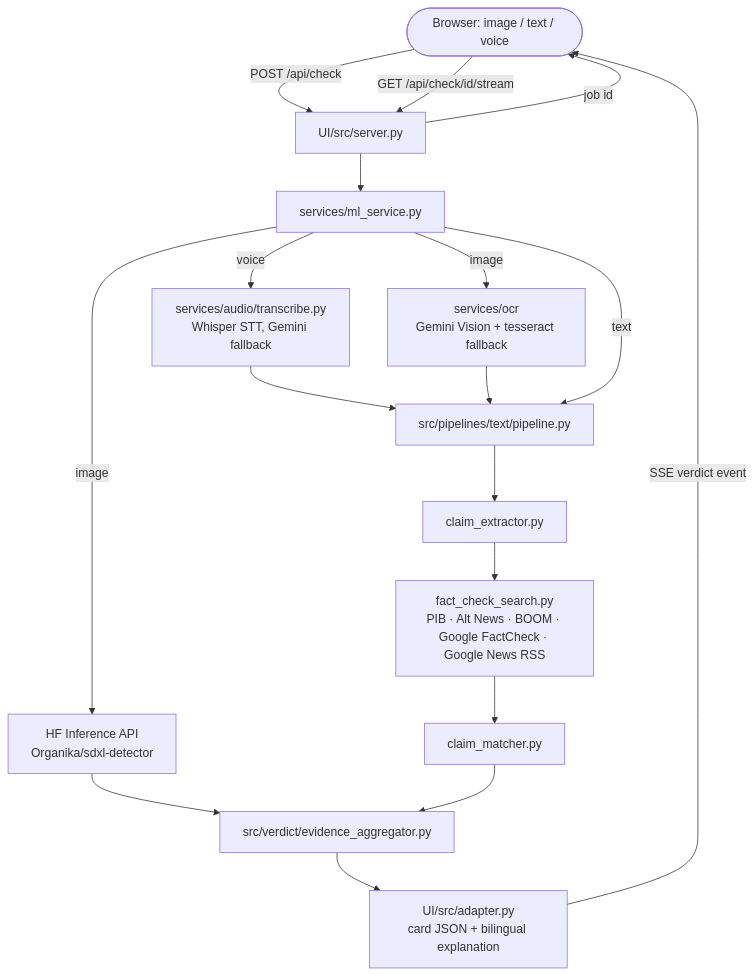
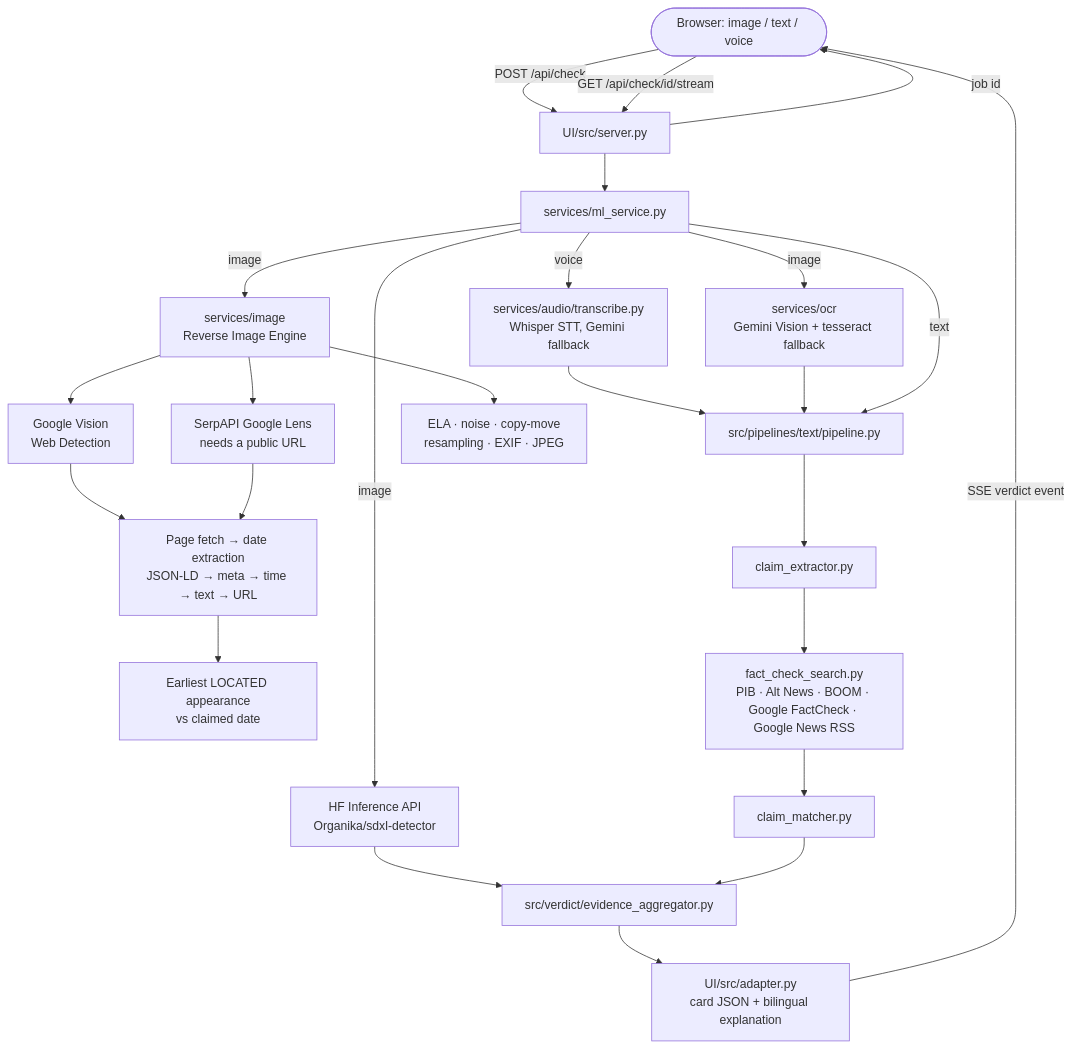
The diagram in UI/docs/architecture.md (Baehtar/SATYA), drawn with Mermaid before and after one commit. The commit also changed 22 other files, not shown here.

Commit message:
added image pipeline, ML services, reverse search engine & tests

````diff
--- a/UI/docs/architecture.md
+++ b/UI/docs/architecture.md
@@ -27,24 +27,31 @@
 ```mermaid
 graph TD
     Browser([Browser: image / text / voice]) -->|POST /api/check| Server[UI/src/server.py]
     Server -->|job id| Browser
     Browser -->|GET /api/check/id/stream| Server
 
     Server --> MLS[services/ml_service.py]
 
     MLS -->|voice| STT[services/audio/transcribe.py<br/>Whisper STT, Gemini fallback]
     STT --> TextPipe
     MLS -->|image| AIDet[HF Inference API<br/>Organika/sdxl-detector]
     MLS -->|image| OCR[services/ocr<br/>Gemini Vision + tesseract fallback]
+    MLS -->|image| Rev[services/image<br/>Reverse Image Engine]
+    Rev --> Vision[Google Vision<br/>Web Detection]
+    Rev --> Lens[SerpAPI Google Lens<br/>needs a public URL]
+    Rev --> Forensics[ELA · noise · copy-move<br/>resampling · EXIF · JPEG]
+    Vision --> Dates[Page fetch → date extraction<br/>JSON-LD → meta → time → text → URL]
+    Lens --> Dates
+    Dates --> Provenance[Earliest LOCATED appearance<br/>vs claimed date]
     OCR --> TextPipe
     MLS -->|text| TextPipe[src/pipelines/text/pipeline.py]
 
     TextPipe --> Claim[claim_extractor.py]
     Claim --> Search[fact_check_search.py<br/>PIB · Alt News · BOOM · Google FactCheck · Google News RSS]
     Search --> Match[claim_matcher.py]
 
     AIDet --> Fuse[src/verdict/evidence_aggregator.py]
     Match --> Fuse
     Fuse --> Adapter[UI/src/adapter.py<br/>card JSON + bilingual explanation]
     Adapter -->|SSE verdict event| Browser
 ```
````
